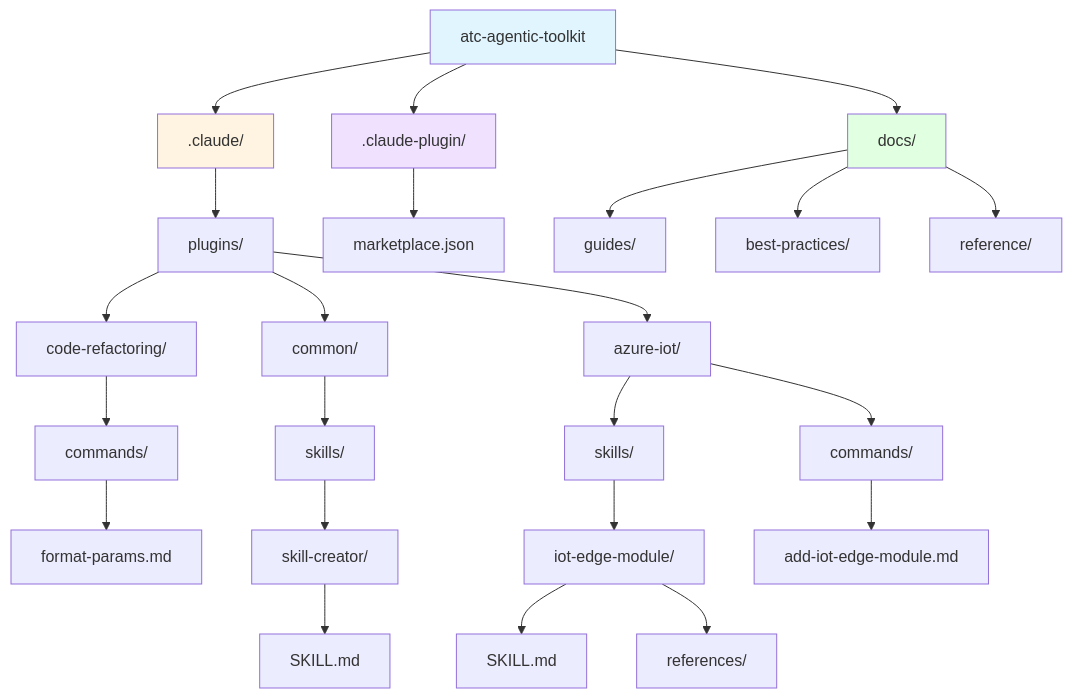
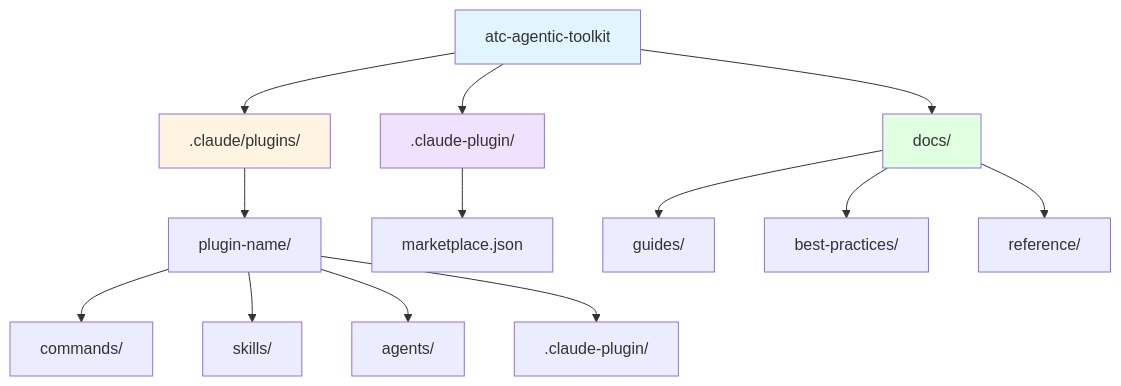
One commit to atc-net/atc-agentic-toolkit changed the diagram in README.md. Above: the diagram before and after it, drawn with Mermaid. The commit also changed other lines of this file, not shown here.

````diff
--- a/README.md
+++ b/README.md
@@ -222,36 +84,23 @@
 ```mermaid
 graph TD
-    A[atc-agentic-toolkit] --> B[.claude/]
+    A[atc-agentic-toolkit] --> B[.claude/plugins/]
     A --> C[.claude-plugin/]
     A --> D[docs/]
 
-    B --> E[plugins/]
-    E --> F[code-refactoring/]
-    E --> G[common/]
-    E --> H[azure-iot/]
+    B --> E["plugin-name/"]
+    E --> F[commands/]
+    E --> G[skills/]
+    E --> H[agents/]
+    E --> I[.claude-plugin/]
 
-    F --> I[commands/]
-    I --> J[format-params.md]
+    C --> J[marketplace.json]
 
-    G --> K[skills/]
-    K --> L[skill-creator/]
-    L --> M[SKILL.md]
-
-    H --> N[skills/]
-    H --> O[commands/]
-    N --> P[iot-edge-module/]
-    P --> Q[SKILL.md]
-    P --> R[references/]
-    O --> S[add-iot-edge-module.md]
-
-    C --> T[marketplace.json]
-
-    D --> U[guides/]
-    D --> V[best-practices/]
-    D --> W[reference/]
+    D --> K[guides/]
+    D --> L[best-practices/]
+    D --> M[reference/]
 
     style A fill:#e1f5ff
     style B fill:#fff4e1
     style C fill:#f0e1ff
     style D fill:#e1ffe1
 ```
````
